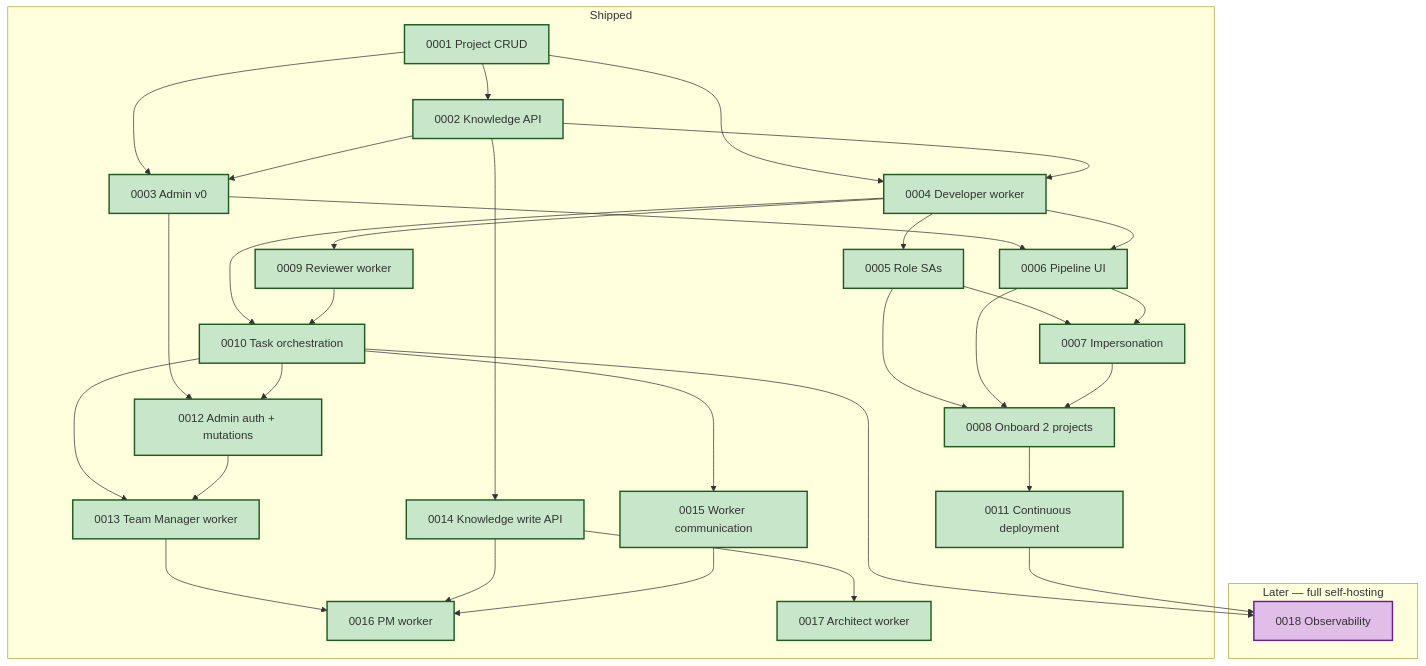
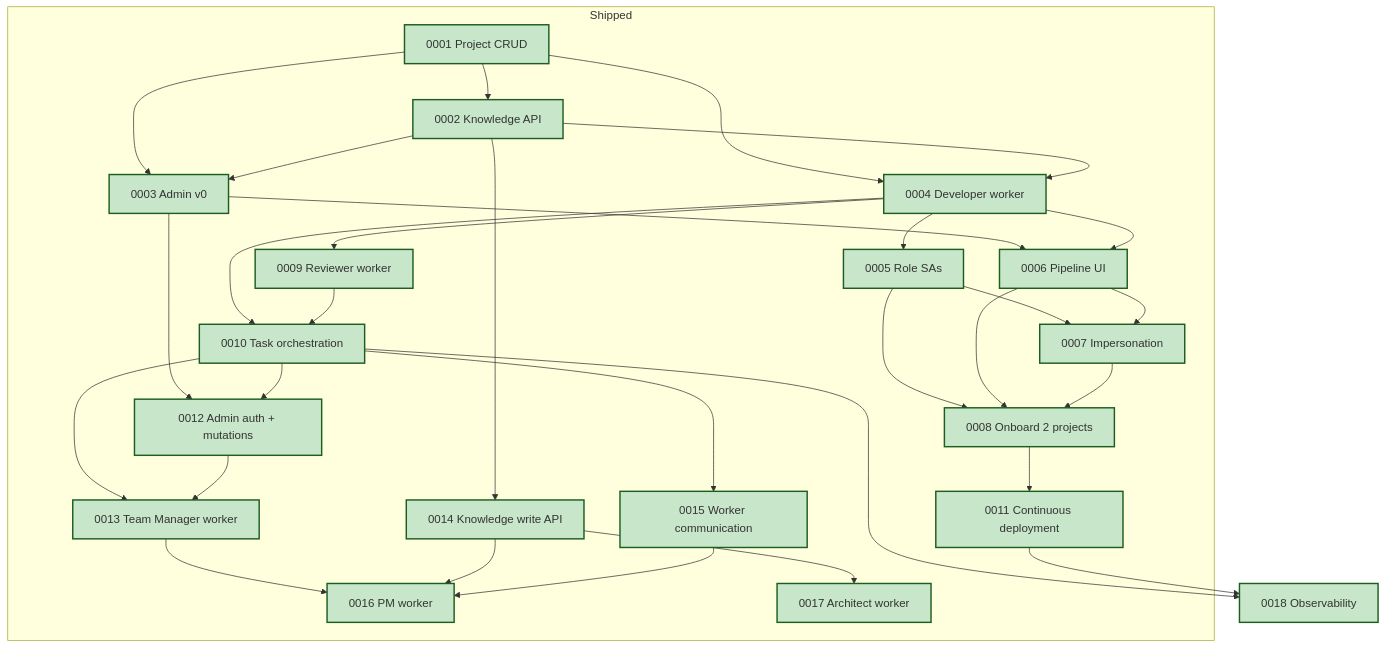
The diagram in system/product-specs/ROADMAP.md (coder-devx/coder-system), drawn with Mermaid before and after one commit. The commit also changed other lines of this file and 4 other files, not shown here.

````diff
--- a/system/product-specs/ROADMAP.md
+++ b/system/product-specs/ROADMAP.md
@@ -313,70 +310,67 @@
 ```mermaid
 flowchart TB
   subgraph shipped [Shipped]
     s1["0001 Project CRUD"]
     s2["0002 Knowledge API"]
     s3["0003 Admin v0"]
     s4["0004 Developer worker"]
     s5["0005 Role SAs"]
     s6["0006 Pipeline UI"]
     s7["0007 Impersonation"]
     s8["0008 Onboard 2 projects"]
     s9["0009 Reviewer worker"]
     s10["0010 Task orchestration"]
     s11["0011 Continuous deployment"]
     s12["0012 Admin auth + mutations"]
     s13["0013 Team Manager worker"]
     s14["0014 Knowledge write API"]
     s15["0015 Worker communication"]
     s16["0016 PM worker"]
     s17["0017 Architect worker"]
   end
 
-  subgraph later ["Later — full self-hosting"]
     s18["0018 Observability"]
-  end
 
   %% Shipped internal deps
   s1 --> s2
   s1 --> s3
   s1 --> s4
   s2 --> s3
   s2 --> s4
   s3 --> s6
   s4 --> s5
   s4 --> s6
   s5 --> s7
   s6 --> s7
   s5 --> s8
   s6 --> s8
   s7 --> s8
 
   %% Now deps
   s4 --> s9
   s4 --> s10
   s9 --> s10
   s8 --> s11
   s3 --> s12
   s10 --> s12
 
   %% Next deps
   s10 --> s13
   s12 --> s13
   s2 --> s14
   s10 --> s15
 
   %% Later deps
   s13 --> s16
   s14 --> s16
   s15 --> s16
   s14 --> s17
   s10 --> s18
   s11 --> s18
 
   classDef shipped fill:#c8e6c9,stroke:#1b5e20,stroke-width:2px
   classDef next fill:#bbdefb,stroke:#1565c0,stroke-width:2px
   classDef later fill:#e1bee7,stroke:#6a1b9a,stroke-width:2px
 
-  class s1,s2,s3,s4,s5,s6,s7,s8,s9,s10,s11,s12,s13,s14,s15,s16,s17 shipped
-  class s18 later
+  class s1,s2,s3,s4,s5,s6,s7,s8,s9,s10,s11,s12,s13,s14,s15,s16,s17,s18 shipped
 ```
````
